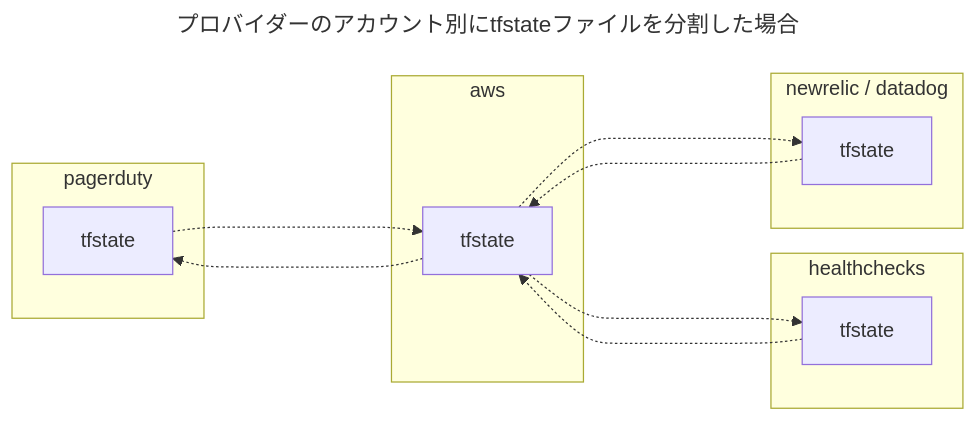
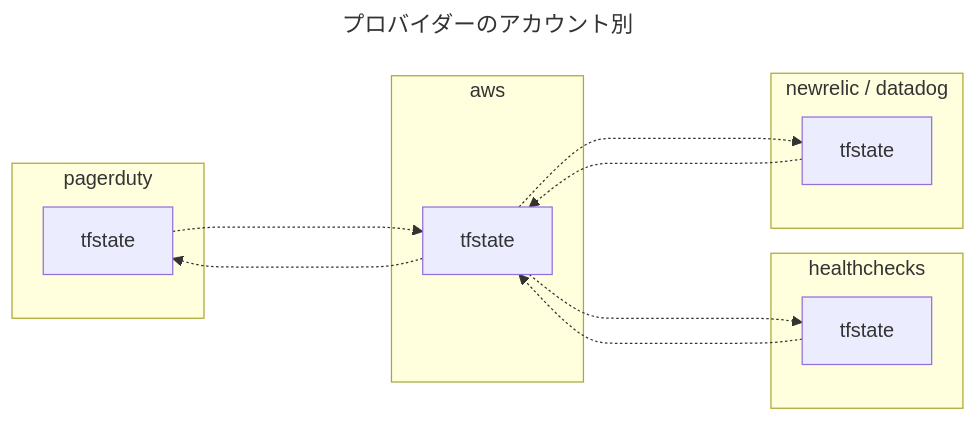
Before and after one commit to hiroki-it/hatenablog: the fifth of 12 diagrams in dist/draft/Terraformのtfstateファイルの分割手法.md, drawn with Mermaid. The commit also changed other lines of this file, not shown here.

````diff
--- a/dist/draft/Terraformのtfstateファイルの分割手法.md
+++ b/dist/draft/Terraformのtfstateファイルの分割手法.md
@@ -466,25 +466,25 @@
 ```mermaid
 ---
-title: プロバイダーのアカウント別にtfstateファイルを分割した場合
+title: プロバイダーのアカウント別
 ---
 %%{init:{'theme':'natural'}}%%
 flowchart LR
     subgraph pagerduty
         PagerDuty["tfstate"]
     end
     subgraph healthchecks
         Healthchecks[tfstate]
     end
     subgraph newrelic / datadog
         Newrelic_Datadog[tfstate]
     end
     subgraph aws
         Aws[tfstate]
     end
     Aws -...-> Newrelic_Datadog
     Aws -...-> Healthchecks
     Aws -...-> PagerDuty
     Newrelic_Datadog -...-> Aws
     Healthchecks -...-> Aws
     PagerDuty -...-> Aws
 ```
````
